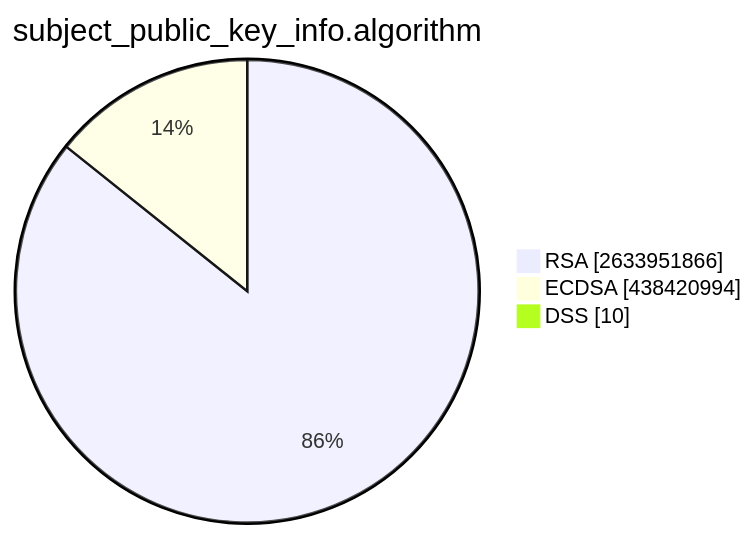
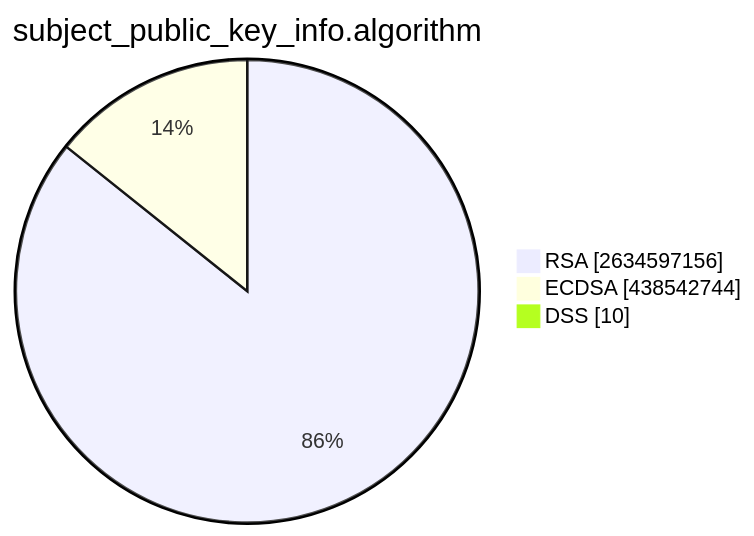
Before and after one commit to christiankrug/ctmonitor_visualization: the second of 15 diagrams in TOTAL/README.md, drawn with Mermaid. The commit also changed other lines of this file, not shown here.

````diff
--- a/TOTAL/README.md
+++ b/TOTAL/README.md
@@ -6,7 +6,7 @@
 ```mermaid
 pie showData
 title subject_public_key_info.algorithm
-"RSA" :2633951866
-"ECDSA" :438420994
+"RSA" :2634597156
+"ECDSA" :438542744
 "DSS" :10
 ```
````
